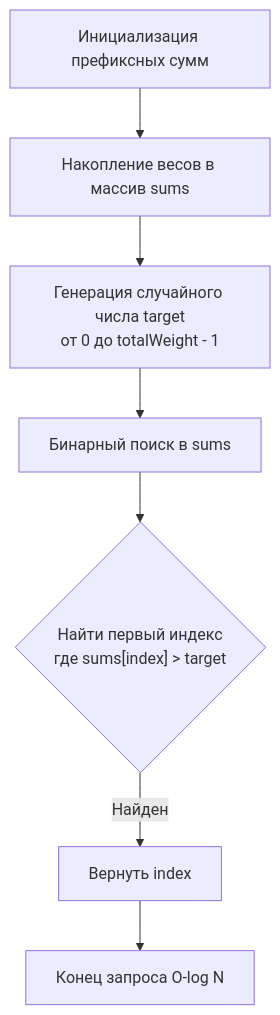
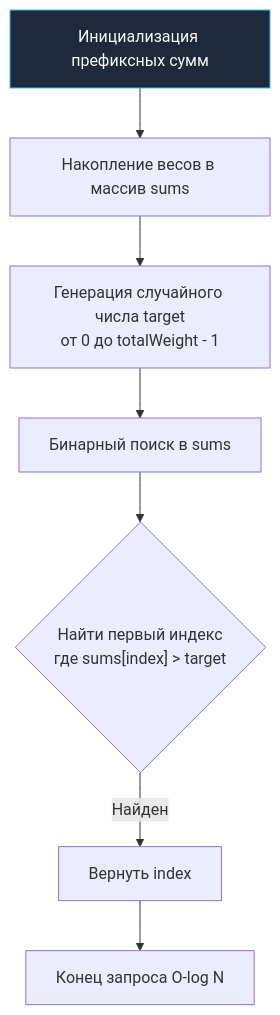
One commit to UnrealTemplier/go-textbook changed the first of 2 diagrams in sources/21. Задачи с LeetCode и собеседований на Go/02. Задачи/27. Рандомизированные алгоритмы/3. Random Pick with Weight.md. Above: the diagram before and after it, drawn with Mermaid. The commit also changed other lines of this file and 1666 other files, not shown here.

First line of the commit message:
feat(mermaid): add semantic color classDef to 1369 colorless flowchart/graph diagrams

````diff
--- a/sources/21. Задачи с LeetCode и собеседований на Go/02. Задачи/27. Рандомизированные алгоритмы/3. Random Pick with Weight.md
+++ b/sources/21. Задачи с LeetCode и собеседований на Go/02. Задачи/27. Рандомизированные алгоритмы/3. Random Pick with Weight.md
@@ -5,9 +5,19 @@
 ```mermaid
 flowchart TD
-  A["Инициализация префиксных сумм"] --> B["Накопление весов в массив sums"]
+    classDef process  fill:#1e293b,stroke:#38bdf8,stroke-width:1px,color:#f8fafc
+    classDef success  fill:#064e3b,stroke:#34d399,stroke-width:1px,color:#f8fafc
+    classDef error    fill:#7f1d1d,stroke:#f87171,stroke-width:1px,color:#f8fafc
+    classDef warning  fill:#78350f,stroke:#fbbf24,stroke-width:1px,color:#f8fafc
+    classDef entry    fill:#1e3a5f,stroke:#38bdf8,stroke-width:2px,color:#f8fafc
+    classDef aux      fill:#334155,stroke:#64748b,stroke-width:1px,color:#f8fafc
+    classDef system   fill:#312e81,stroke:#a78bfa,stroke-width:1px,color:#f8fafc
+    classDef data     fill:#132d29,stroke:#2dd4bf,stroke-width:1px,color:#f8fafc
+    classDef network  fill:#881337,stroke:#fb7185,stroke-width:1px,color:#f8fafc
+    classDef accent   fill:#1e1b4b,stroke:#818cf8,stroke-width:1px,color:#f8fafc
+  A["Инициализация префиксных сумм"]:::process --> B["Накопление весов в массив sums"]
   B --> C["Генерация случайного числа target<br>от 0 до totalWeight - 1"]
   C --> D["Бинарный поиск в sums"]
   D --> E{"Найти первый индекс<br>где sums[index] > target"}
   E -->|Найден| F["Вернуть index"]
   F --> G["Конец запроса O-log N"]
 ```
````
